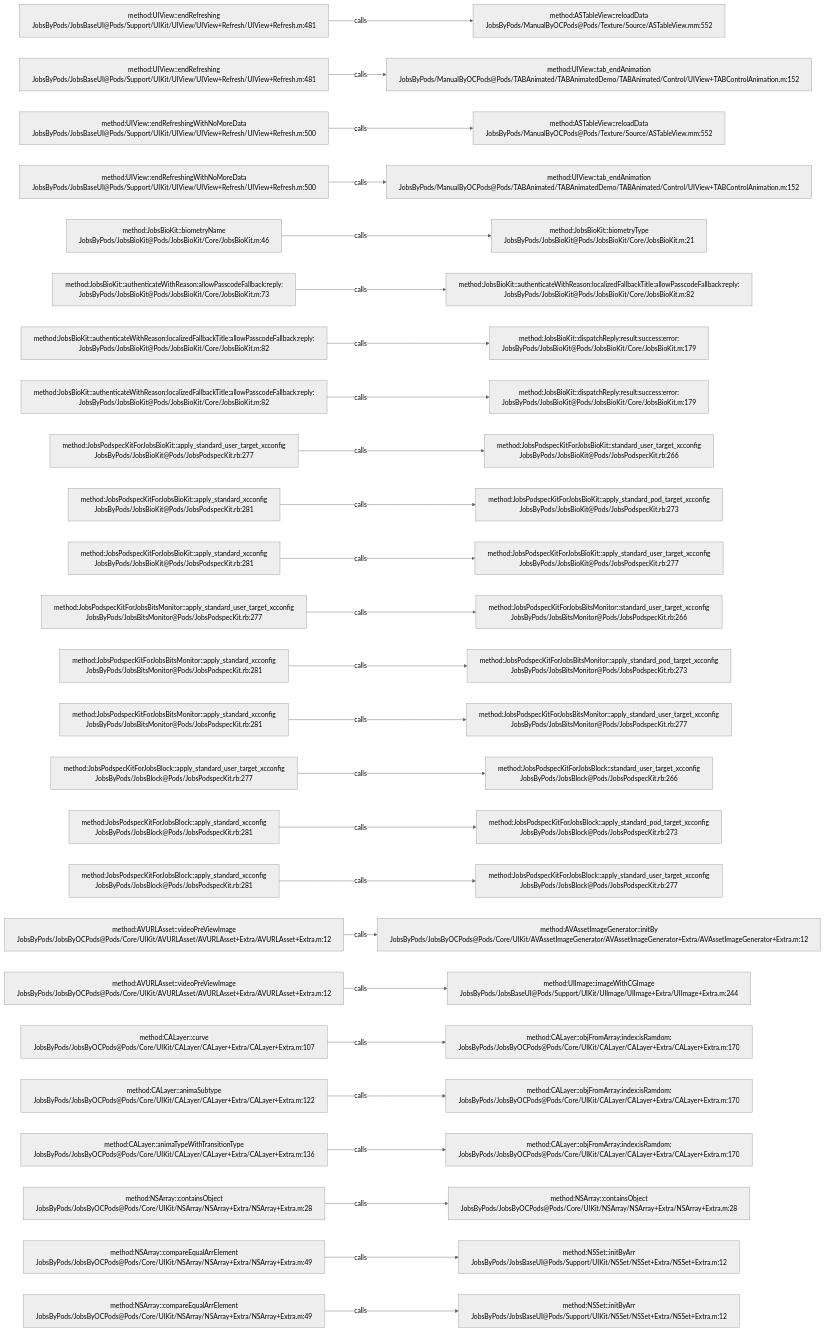
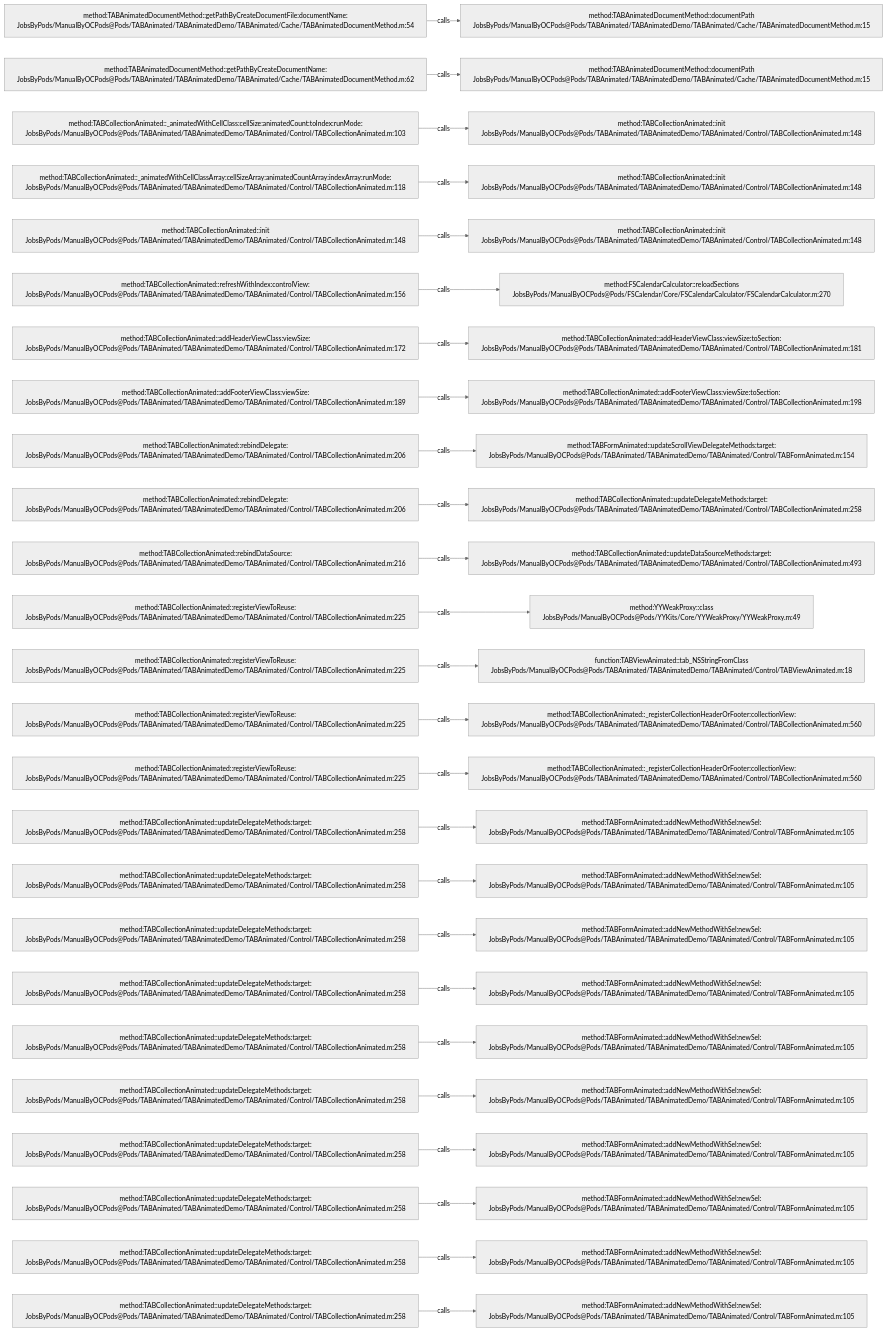
Before and after one commit to JobsKits/JobsOCBaseConfigDemo: the diagram in .codegraph/codegraph.md/graphs/calls-029.md, drawn with Mermaid (neutral theme). The commit also changed 2162 other files, not shown here.

````diff
--- a/.codegraph/codegraph.md/graphs/calls-029.md
+++ b/.codegraph/codegraph.md/graphs/calls-029.md
@@ -13,78 +13,78 @@
 ```mermaid
 flowchart LR
-  S1["method:UIView::endRefreshing<br/>JobsByPods/JobsBaseUI@Pods/Support/UIKit/UIView/UIView+Refresh/UIView+Refresh.m:481"]
-  T1["method:ASTableView::reloadData<br/>JobsByPods/ManualByOCPods@Pods/Texture/Source/ASTableView.mm:552"]
+  S1["method:TABAnimatedDocumentMethod::getPathByCreateDocumentFile:documentName:<br/>JobsByPods/ManualByOCPods@Pods/TABAnimated/TABAnimatedDemo/TABAnimated/Cache/TABAnimatedDocumentMethod.m:54"]
+  T1["method:TABAnimatedDocumentMethod::documentPath<br/>JobsByPods/ManualByOCPods@Pods/TABAnimated/TABAnimatedDemo/TABAnimated/Cache/TABAnimatedDocumentMethod.m:15"]
   S1 -->|calls| T1
-  S2["method:UIView::endRefreshing<br/>JobsByPods/JobsBaseUI@Pods/Support/UIKit/UIView/UIView+Refresh/UIView+Refresh.m:481"]
-  T2["method:UIView::tab_endAnimation<br/>JobsByPods/ManualByOCPods@Pods/TABAnimated/TABAnimatedDemo/TABAnimated/Control/UIView+TABControlAnimation.m:152"]
+  S2["method:TABAnimatedDocumentMethod::getPathByCreateDocumentName:<br/>JobsByPods/ManualByOCPods@Pods/TABAnimated/TABAnimatedDemo/TABAnimated/Cache/TABAnimatedDocumentMethod.m:62"]
+  T2["method:TABAnimatedDocumentMethod::documentPath<br/>JobsByPods/ManualByOCPods@Pods/TABAnimated/TABAnimatedDemo/TABAnimated/Cache/TABAnimatedDocumentMethod.m:15"]
   S2 -->|calls| T2
-  S3["method:UIView::endRefreshingWithNoMoreData<br/>JobsByPods/JobsBaseUI@Pods/Support/UIKit/UIView/UIView+Refresh/UIView+Refresh.m:500"]
-  T3["method:ASTableView::reloadData<br/>JobsByPods/ManualByOCPods@Pods/Texture/Source/ASTableView.mm:552"]
+  S3["method:TABCollectionAnimated::_animatedWithCellClass:cellSize:animatedCount:toIndex:runMode:<br/>JobsByPods/ManualByOCPods@Pods/TABAnimated/TABAnimatedDemo/TABAnimated/Control/TABCollectionAnimated.m:103"]
+  T3["method:TABCollectionAnimated::init<br/>JobsByPods/ManualByOCPods@Pods/TABAnimated/TABAnimatedDemo/TABAnimated/Control/TABCollectionAnimated.m:148"]
   S3 -->|calls| T3
-  S4["method:UIView::endRefreshingWithNoMoreData<br/>JobsByPods/JobsBaseUI@Pods/Support/UIKit/UIView/UIView+Refresh/UIView+Refresh.m:500"]
-  T4["method:UIView::tab_endAnimation<br/>JobsByPods/ManualByOCPods@Pods/TABAnimated/TABAnimatedDemo/TABAnimated/Control/UIView+TABControlAnimation.m:152"]
+  S4["method:TABCollectionAnimated::_animatedWithCellClassArray:cellSizeArray:animatedCountArray:indexArray:runMode:<br/>JobsByPods/ManualByOCPods@Pods/TABAnimated/TABAnimatedDemo/TABAnimated/Control/TABCollectionAnimated.m:118"]
+  T4["method:TABCollectionAnimated::init<br/>JobsByPods/ManualByOCPods@Pods/TABAnimated/TABAnimatedDemo/TABAnimated/Control/TABCollectionAnimated.m:148"]
   S4 -->|calls| T4
-  S5["method:JobsBioKit::biometryName<br/>JobsByPods/JobsBioKit@Pods/JobsBioKit/Core/JobsBioKit.m:46"]
-  T5["method:JobsBioKit::biometryType<br/>JobsByPods/JobsBioKit@Pods/JobsBioKit/Core/JobsBioKit.m:21"]
+  S5["method:TABCollectionAnimated::init<br/>JobsByPods/ManualByOCPods@Pods/TABAnimated/TABAnimatedDemo/TABAnimated/Control/TABCollectionAnimated.m:148"]
+  T5["method:TABCollectionAnimated::init<br/>JobsByPods/ManualByOCPods@Pods/TABAnimated/TABAnimatedDemo/TABAnimated/Control/TABCollectionAnimated.m:148"]
   S5 -->|calls| T5
-  S6["method:JobsBioKit::authenticateWithReason:allowPasscodeFallback:reply:<br/>JobsByPods/JobsBioKit@Pods/JobsBioKit/Core/JobsBioKit.m:73"]
-  T6["method:JobsBioKit::authenticateWithReason:localizedFallbackTitle:allowPasscodeFallback:reply:<br/>JobsByPods/JobsBioKit@Pods/JobsBioKit/Core/JobsBioKit.m:82"]
+  S6["method:TABCollectionAnimated::refreshWithIndex:controlView:<br/>JobsByPods/ManualByOCPods@Pods/TABAnimated/TABAnimatedDemo/TABAnimated/Control/TABCollectionAnimated.m:156"]
+  T6["method:FSCalendarCalculator::reloadSections<br/>JobsByPods/ManualByOCPods@Pods/FSCalendar/Core/FSCalendarCalculator/FSCalendarCalculator.m:270"]
   S6 -->|calls| T6
-  S7["method:JobsBioKit::authenticateWithReason:localizedFallbackTitle:allowPasscodeFallback:reply:<br/>JobsByPods/JobsBioKit@Pods/JobsBioKit/Core/JobsBioKit.m:82"]
-  T7["method:JobsBioKit::dispatchReply:result:success:error:<br/>JobsByPods/JobsBioKit@Pods/JobsBioKit/Core/JobsBioKit.m:179"]
+  S7["method:TABCollectionAnimated::addHeaderViewClass:viewSize:<br/>JobsByPods/ManualByOCPods@Pods/TABAnimated/TABAnimatedDemo/TABAnimated/Control/TABCollectionAnimated.m:172"]
+  T7["method:TABCollectionAnimated::addHeaderViewClass:viewSize:toSection:<br/>JobsByPods/ManualByOCPods@Pods/TABAnimated/TABAnimatedDemo/TABAnimated/Control/TABCollectionAnimated.m:181"]
   S7 -->|calls| T7
-  S8["method:JobsBioKit::authenticateWithReason:localizedFallbackTitle:allowPasscodeFallback:reply:<br/>JobsByPods/JobsBioKit@Pods/JobsBioKit/Core/JobsBioKit.m:82"]
-  T8["method:JobsBioKit::dispatchReply:result:success:error:<br/>JobsByPods/JobsBioKit@Pods/JobsBioKit/Core/JobsBioKit.m:179"]
+  S8["method:TABCollectionAnimated::addFooterViewClass:viewSize:<br/>JobsByPods/ManualByOCPods@Pods/TABAnimated/TABAnimatedDemo/TABAnimated/Control/TABCollectionAnimated.m:189"]
+  T8["method:TABCollectionAnimated::addFooterViewClass:viewSize:toSection:<br/>JobsByPods/ManualByOCPods@Pods/TABAnimated/TABAnimatedDemo/TABAnimated/Control/TABCollectionAnimated.m:198"]
   S8 -->|calls| T8
-  S9["method:JobsPodspecKitForJobsBioKit::apply_standard_user_target_xcconfig<br/>JobsByPods/JobsBioKit@Pods/JobsPodspecKit.rb:277"]
-  T9["method:JobsPodspecKitForJobsBioKit::standard_user_target_xcconfig<br/>JobsByPods/JobsBioKit@Pods/JobsPodspecKit.rb:266"]
+  S9["method:TABCollectionAnimated::rebindDelegate:<br/>JobsByPods/ManualByOCPods@Pods/TABAnimated/TABAnimatedDemo/TABAnimated/Control/TABCollectionAnimated.m:206"]
+  T9["method:TABFormAnimated::updateScrollViewDelegateMethods:target:<br/>JobsByPods/ManualByOCPods@Pods/TABAnimated/TABAnimatedDemo/TABAnimated/Control/TABFormAnimated.m:154"]
   S9 -->|calls| T9
-  S10["method:JobsPodspecKitForJobsBioKit::apply_standard_xcconfig<br/>JobsByPods/JobsBioKit@Pods/JobsPodspecKit.rb:281"]
-  T10["method:JobsPodspecKitForJobsBioKit::apply_standard_pod_target_xcconfig<br/>JobsByPods/JobsBioKit@Pods/JobsPodspecKit.rb:273"]
+  S10["method:TABCollectionAnimated::rebindDelegate:<br/>JobsByPods/ManualByOCPods@Pods/TABAnimated/TABAnimatedDemo/TABAnimated/Control/TABCollectionAnimated.m:206"]
+  T10["method:TABCollectionAnimated::updateDelegateMethods:target:<br/>JobsByPods/ManualByOCPods@Pods/TABAnimated/TABAnimatedDemo/TABAnimated/Control/TABCollectionAnimated.m:258"]
   S10 -->|calls| T10
-  S11["method:JobsPodspecKitForJobsBioKit::apply_standard_xcconfig<br/>JobsByPods/JobsBioKit@Pods/JobsPodspecKit.rb:281"]
-  T11["method:JobsPodspecKitForJobsBioKit::apply_standard_user_target_xcconfig<br/>JobsByPods/JobsBioKit@Pods/JobsPodspecKit.rb:277"]
+  S11["method:TABCollectionAnimated::rebindDataSource:<br/>JobsByPods/ManualByOCPods@Pods/TABAnimated/TABAnimatedDemo/TABAnimated/Control/TABCollectionAnimated.m:216"]
+  T11["method:TABCollectionAnimated::updateDataSourceMethods:target:<br/>JobsByPods/ManualByOCPods@Pods/TABAnimated/TABAnimatedDemo/TABAnimated/Control/TABCollectionAnimated.m:493"]
   S11 -->|calls| T11
-  S12["method:JobsPodspecKitForJobsBitsMonitor::apply_standard_user_target_xcconfig<br/>JobsByPods/JobsBitsMonitor@Pods/JobsPodspecKit.rb:277"]
-  T12["method:JobsPodspecKitForJobsBitsMonitor::standard_user_target_xcconfig<br/>JobsByPods/JobsBitsMonitor@Pods/JobsPodspecKit.rb:266"]
+  S12["method:TABCollectionAnimated::registerViewToReuse:<br/>JobsByPods/ManualByOCPods@Pods/TABAnimated/TABAnimatedDemo/TABAnimated/Control/TABCollectionAnimated.m:225"]
+  T12["method:YYWeakProxy::class<br/>JobsByPods/ManualByOCPods@Pods/YYKits/Core/YYWeakProxy/YYWeakProxy.m:49"]
   S12 -->|calls| T12
-  S13["method:JobsPodspecKitForJobsBitsMonitor::apply_standard_xcconfig<br/>JobsByPods/JobsBitsMonitor@Pods/JobsPodspecKit.rb:281"]
-  T13["method:JobsPodspecKitForJobsBitsMonitor::apply_standard_pod_target_xcconfig<br/>JobsByPods/JobsBitsMonitor@Pods/JobsPodspecKit.rb:273"]
+  S13["method:TABCollectionAnimated::registerViewToReuse:<br/>JobsByPods/ManualByOCPods@Pods/TABAnimated/TABAnimatedDemo/TABAnimated/Control/TABCollectionAnimated.m:225"]
+  T13["function:TABViewAnimated::tab_NSStringFromClass<br/>JobsByPods/ManualByOCPods@Pods/TABAnimated/TABAnimatedDemo/TABAnimated/Control/TABViewAnimated.m:18"]
   S13 -->|calls| T13
-  S14["method:JobsPodspecKitForJobsBitsMonitor::apply_standard_xcconfig<br/>JobsByPods/JobsBitsMonitor@Pods/JobsPodspecKit.rb:281"]
-  T14["method:JobsPodspecKitForJobsBitsMonitor::apply_standard_user_target_xcconfig<br/>JobsByPods/JobsBitsMonitor@Pods/JobsPodspecKit.rb:277"]
+  S14["method:TABCollectionAnimated::registerViewToReuse:<br/>JobsByPods/ManualByOCPods@Pods/TABAnimated/TABAnimatedDemo/TABAnimated/Control/TABCollectionAnimated.m:225"]
+  T14["method:TABCollectionAnimated::_registerCollectionHeaderOrFooter:collectionView:<br/>JobsByPods/ManualByOCPods@Pods/TABAnimated/TABAnimatedDemo/TABAnimated/Control/TABCollectionAnimated.m:560"]
   S14 -->|calls| T14
-  S15["method:JobsPodspecKitForJobsBlock::apply_standard_user_target_xcconfig<br/>JobsByPods/JobsBlock@Pods/JobsPodspecKit.rb:277"]
-  T15["method:JobsPodspecKitForJobsBlock::standard_user_target_xcconfig<br/>JobsByPods/JobsBlock@Pods/JobsPodspecKit.rb:266"]
+  S15["method:TABCollectionAnimated::registerViewToReuse:<br/>JobsByPods/ManualByOCPods@Pods/TABAnimated/TABAnimatedDemo/TABAnimated/Control/TABCollectionAnimated.m:225"]
+  T15["method:TABCollectionAnimated::_registerCollectionHeaderOrFooter:collectionView:<br/>JobsByPods/ManualByOCPods@Pods/TABAnimated/TABAnimatedDemo/TABAnimated/Control/TABCollectionAnimated.m:560"]
   S15 -->|calls| T15
-  S16["method:JobsPodspecKitForJobsBlock::apply_standard_xcconfig<br/>JobsByPods/JobsBlock@Pods/JobsPodspecKit.rb:281"]
-  T16["method:JobsPodspecKitForJobsBlock::apply_standard_pod_target_xcconfig<br/>JobsByPods/JobsBlock@Pods/JobsPodspecKit.rb:273"]
+  S16["method:TABCollectionAnimated::updateDelegateMethods:target:<br/>JobsByPods/ManualByOCPods@Pods/TABAnimated/TABAnimatedDemo/TABAnimated/Control/TABCollectionAnimated.m:258"]
+  T16["method:TABFormAnimated::addNewMethodWithSel:newSel:<br/>JobsByPods/ManualByOCPods@Pods/TABAnimated/TABAnimatedDemo/TABAnimated/Control/TABFormAnimated.m:105"]
   S16 -->|calls| T16
-  S17["method:JobsPodspecKitForJobsBlock::apply_standard_xcconfig<br/>JobsByPods/JobsBlock@Pods/JobsPodspecKit.rb:281"]
-  T17["method:JobsPodspecKitForJobsBlock::apply_standard_user_target_xcconfig<br/>JobsByPods/JobsBlock@Pods/JobsPodspecKit.rb:277"]
+  S17["method:TABCollectionAnimated::updateDelegateMethods:target:<br/>JobsByPods/ManualByOCPods@Pods/TABAnimated/TABAnimatedDemo/TABAnimated/Control/TABCollectionAnimated.m:258"]
+  T17["method:TABFormAnimated::addNewMethodWithSel:newSel:<br/>JobsByPods/ManualByOCPods@Pods/TABAnimated/TABAnimatedDemo/TABAnimated/Control/TABFormAnimated.m:105"]
   S17 -->|calls| T17
-  S18["method:AVURLAsset::videoPreViewImage<br/>JobsByPods/JobsByOCPods@Pods/Core/UIKit/AVURLAsset/AVURLAsset+Extra/AVURLAsset+Extra.m:12"]
-  T18["method:AVAssetImageGenerator::initBy<br/>JobsByPods/JobsByOCPods@Pods/Core/UIKit/AVAssetImageGenerator/AVAssetImageGenerator+Extra/AVAssetImageGenerator+Extra.m:12"]
+  S18["method:TABCollectionAnimated::updateDelegateMethods:target:<br/>JobsByPods/ManualByOCPods@Pods/TABAnimated/TABAnimatedDemo/TABAnimated/Control/TABCollectionAnimated.m:258"]
+  T18["method:TABFormAnimated::addNewMethodWithSel:newSel:<br/>JobsByPods/ManualByOCPods@Pods/TABAnimated/TABAnimatedDemo/TABAnimated/Control/TABFormAnimated.m:105"]
   S18 -->|calls| T18
-  S19["method:AVURLAsset::videoPreViewImage<br/>JobsByPods/JobsByOCPods@Pods/Core/UIKit/AVURLAsset/AVURLAsset+Extra/AVURLAsset+Extra.m:12"]
-  T19["method:UIImage::imageWithCGImage<br/>JobsByPods/JobsBaseUI@Pods/Support/UIKit/UIImage/UIImage+Extra/UIImage+Extra.m:244"]
+  S19["method:TABCollectionAnimated::updateDelegateMethods:target:<br/>JobsByPods/ManualByOCPods@Pods/TABAnimated/TABAnimatedDemo/TABAnimated/Control/TABCollectionAnimated.m:258"]
+  T19["method:TABFormAnimated::addNewMethodWithSel:newSel:<br/>JobsByPods/ManualByOCPods@Pods/TABAnimated/TABAnimatedDemo/TABAnimated/Control/TABFormAnimated.m:105"]
   S19 -->|calls| T19
-  S20["method:CALayer::curve<br/>JobsByPods/JobsByOCPods@Pods/Core/UIKit/CALayer/CALayer+Extra/CALayer+Extra.m:107"]
-  T20["method:CALayer::objFromArray:index:isRamdom:<br/>JobsByPods/JobsByOCPods@Pods/Core/UIKit/CALayer/CALayer+Extra/CALayer+Extra.m:170"]
+  S20["method:TABCollectionAnimated::updateDelegateMethods:target:<br/>JobsByPods/ManualByOCPods@Pods/TABAnimated/TABAnimatedDemo/TABAnimated/Control/TABCollectionAnimated.m:258"]
+  T20["method:TABFormAnimated::addNewMethodWithSel:newSel:<br/>JobsByPods/ManualByOCPods@Pods/TABAnimated/TABAnimatedDemo/TABAnimated/Control/TABFormAnimated.m:105"]
   S20 -->|calls| T20
-  S21["method:CALayer::animaSubtype<br/>JobsByPods/JobsByOCPods@Pods/Core/UIKit/CALayer/CALayer+Extra/CALayer+Extra.m:122"]
-  T21["method:CALayer::objFromArray:index:isRamdom:<br/>JobsByPods/JobsByOCPods@Pods/Core/UIKit/CALayer/CALayer+Extra/CALayer+Extra.m:170"]
+  S21["method:TABCollectionAnimated::updateDelegateMethods:target:<br/>JobsByPods/ManualByOCPods@Pods/TABAnimated/TABAnimatedDemo/TABAnimated/Control/TABCollectionAnimated.m:258"]
+  T21["method:TABFormAnimated::addNewMethodWithSel:newSel:<br/>JobsByPods/ManualByOCPods@Pods/TABAnimated/TABAnimatedDemo/TABAnimated/Control/TABFormAnimated.m:105"]
   S21 -->|calls| T21
-  S22["method:CALayer::animaTypeWithTransitionType<br/>JobsByPods/JobsByOCPods@Pods/Core/UIKit/CALayer/CALayer+Extra/CALayer+Extra.m:136"]
-  T22["method:CALayer::objFromArray:index:isRamdom:<br/>JobsByPods/JobsByOCPods@Pods/Core/UIKit/CALayer/CALayer+Extra/CALayer+Extra.m:170"]
+  S22["method:TABCollectionAnimated::updateDelegateMethods:target:<br/>JobsByPods/ManualByOCPods@Pods/TABAnimated/TABAnimatedDemo/TABAnimated/Control/TABCollectionAnimated.m:258"]
+  T22["method:TABFormAnimated::addNewMethodWithSel:newSel:<br/>JobsByPods/ManualByOCPods@Pods/TABAnimated/TABAnimatedDemo/TABAnimated/Control/TABFormAnimated.m:105"]
   S22 -->|calls| T22
-  S23["method:NSArray::containsObject<br/>JobsByPods/JobsByOCPods@Pods/Core/UIKit/NSArray/NSArray+Extra/NSArray+Extra.m:28"]
-  T23["method:NSArray::containsObject<br/>JobsByPods/JobsByOCPods@Pods/Core/UIKit/NSArray/NSArray+Extra/NSArray+Extra.m:28"]
+  S23["method:TABCollectionAnimated::updateDelegateMethods:target:<br/>JobsByPods/ManualByOCPods@Pods/TABAnimated/TABAnimatedDemo/TABAnimated/Control/TABCollectionAnimated.m:258"]
+  T23["method:TABFormAnimated::addNewMethodWithSel:newSel:<br/>JobsByPods/ManualByOCPods@Pods/TABAnimated/TABAnimatedDemo/TABAnimated/Control/TABFormAnimated.m:105"]
   S23 -->|calls| T23
-  S24["method:NSArray::compareEqualArrElement<br/>JobsByPods/JobsByOCPods@Pods/Core/UIKit/NSArray/NSArray+Extra/NSArray+Extra.m:49"]
-  T24["method:NSSet::initByArr<br/>JobsByPods/JobsBaseUI@Pods/Support/UIKit/NSSet/NSSet+Extra/NSSet+Extra.m:12"]
+  S24["method:TABCollectionAnimated::updateDelegateMethods:target:<br/>JobsByPods/ManualByOCPods@Pods/TABAnimated/TABAnimatedDemo/TABAnimated/Control/TABCollectionAnimated.m:258"]
+  T24["method:TABFormAnimated::addNewMethodWithSel:newSel:<br/>JobsByPods/ManualByOCPods@Pods/TABAnimated/TABAnimatedDemo/TABAnimated/Control/TABFormAnimated.m:105"]
   S24 -->|calls| T24
-  S25["method:NSArray::compareEqualArrElement<br/>JobsByPods/JobsByOCPods@Pods/Core/UIKit/NSArray/NSArray+Extra/NSArray+Extra.m:49"]
-  T25["method:NSSet::initByArr<br/>JobsByPods/JobsBaseUI@Pods/Support/UIKit/NSSet/NSSet+Extra/NSSet+Extra.m:12"]
+  S25["method:TABCollectionAnimated::updateDelegateMethods:target:<br/>JobsByPods/ManualByOCPods@Pods/TABAnimated/TABAnimatedDemo/TABAnimated/Control/TABCollectionAnimated.m:258"]
+  T25["method:TABFormAnimated::addNewMethodWithSel:newSel:<br/>JobsByPods/ManualByOCPods@Pods/TABAnimated/TABAnimatedDemo/TABAnimated/Control/TABFormAnimated.m:105"]
   S25 -->|calls| T25
 ```
````
